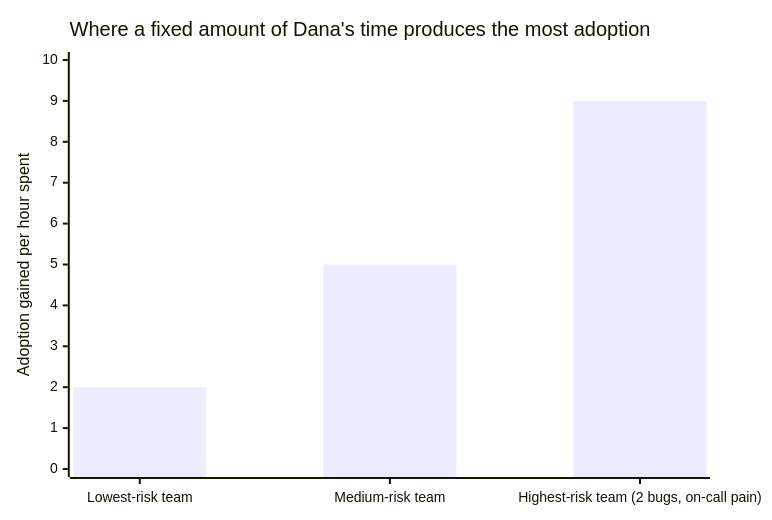
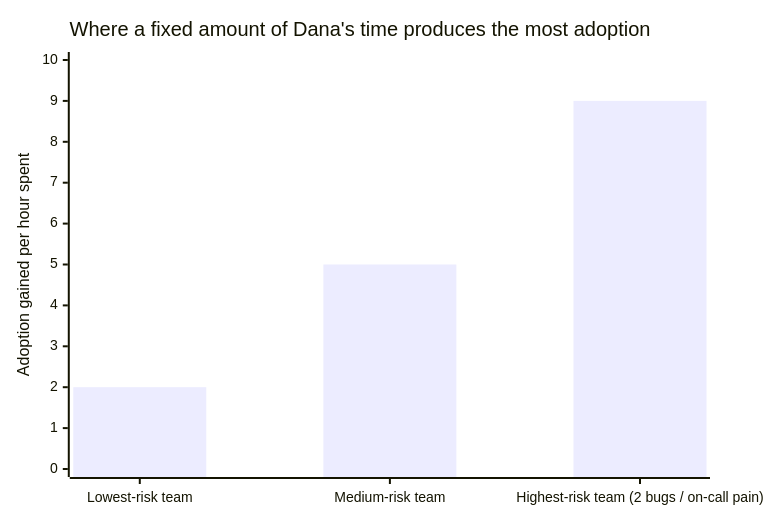
Before and after one commit to francoandreDev/knowledge: the second of 2 diagrams in src/content/git-teamwork/technical-leadership/L2-concept.mdx, drawn with Mermaid. The commit also changed 1 other file, not shown here.

Commit message:
Correct a comma in a chart label; honestly report the real console exception as unresolved
Rephrased technical-leadership's xychart-beta x-axis label to avoid a
comma inside quotes — a harmless, reasonable fix on its own, but
re-verified in a real rebuild that it does NOT fix the page's console
exception as my prior note guessed. Corrected PROGRESS.md to reflect
that the root cause is still unidentified, with repro notes for a
future debugging session.

````diff
--- a/src/content/git-teamwork/technical-leadership/L2-concept.mdx
+++ b/src/content/git-teamwork/technical-leadership/L2-concept.mdx
@@ -147,7 +147,7 @@
 ```mermaid
 xychart-beta
     title "Where a fixed amount of Dana's time produces the most adoption"
-    x-axis ["Lowest-risk team", "Medium-risk team", "Highest-risk team (2 bugs, on-call pain)"]
+    x-axis ["Lowest-risk team", "Medium-risk team", "Highest-risk team (2 bugs / on-call pain)"]
     y-axis "Adoption gained per hour spent" 0 --> 10
     bar [2, 5, 9]
 ```
````
